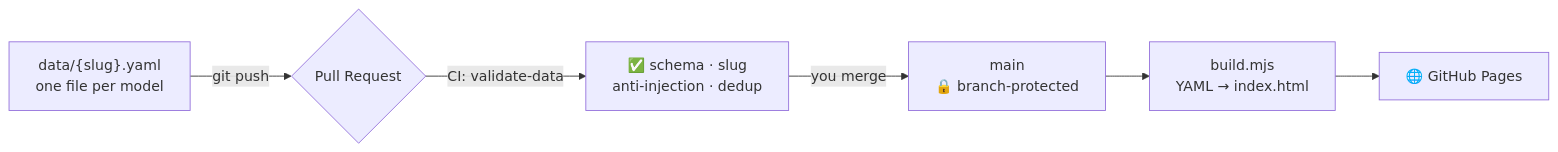
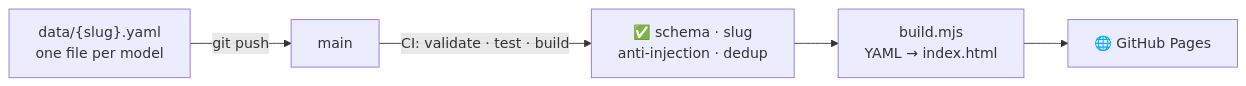
The second of 3 diagrams in README.md (kamilrybacki/my-small-slm-notes), drawn with Mermaid before and after one commit. The commit also changed other lines of this file and 7 other files, not shown here.

````diff
--- a/README.md
+++ b/README.md
@@ -88,8 +86,7 @@
 ```mermaid
 flowchart LR
-    A["data/{slug}.yaml<br/>one file per model"] -->|git push| B{"Pull Request"}
-    B -->|CI: validate-data| C["✅ schema · slug<br/>anti-injection · dedup"]
-    C -->|you merge| D["main<br/>🔒 branch-protected"]
-    D --> E["build.mjs<br/>YAML → index.html"]
-    E --> F["🌐 GitHub Pages"]
+    A["data/{slug}.yaml<br/>one file per model"] -->|git push| B["main"]
+    B -->|CI: validate · test · build| C["✅ schema · slug<br/>anti-injection · dedup"]
+    C --> D["build.mjs<br/>YAML → index.html"]
+    D --> E["🌐 GitHub Pages"]
 ```
````
